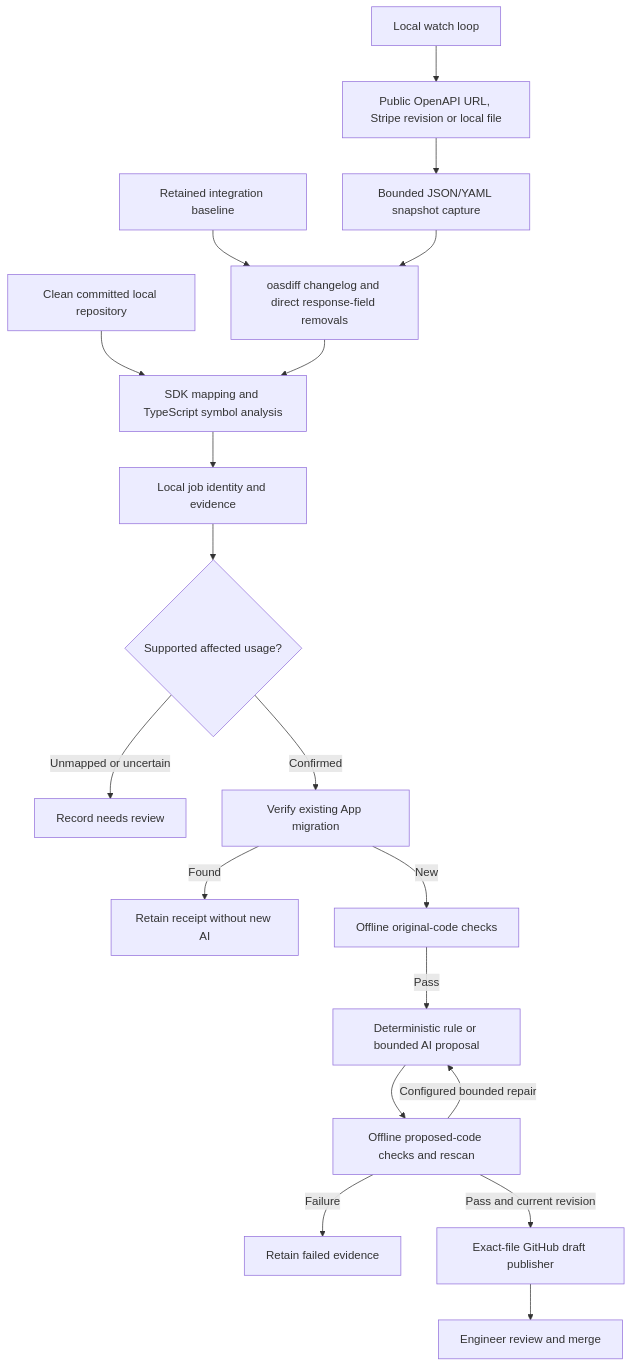
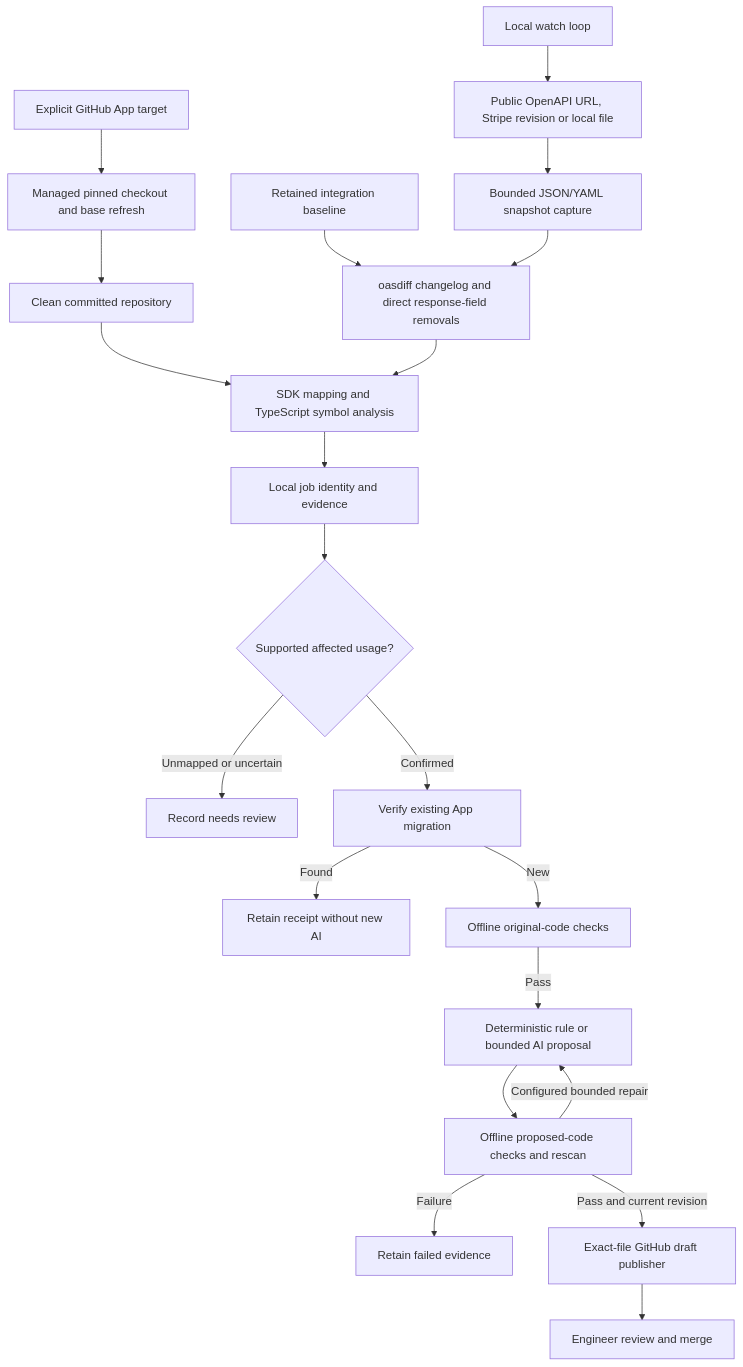
One commit to pierceluu10/Refit changed the first of 2 diagrams in docs/ARCHITECTURE.md. Above: the diagram before and after it, drawn with Mermaid. The commit also changed other lines of this file and 5 other files, not shown here.

Commit message:
docs: document App-managed repository workflows

````diff
--- a/docs/ARCHITECTURE.md
+++ b/docs/ARCHITECTURE.md
@@ -7,21 +7,23 @@
 ```mermaid
 flowchart TD
   SOURCE[Public OpenAPI URL, Stripe revision or local file] --> SNAP[Bounded JSON/YAML snapshot capture]
   BASE[Retained integration baseline] --> DIFF[oasdiff changelog and direct response-field removals]
   SNAP --> DIFF
-  REPO[Clean committed local repository] --> SCAN[SDK mapping and TypeScript symbol analysis]
+  APP[Explicit GitHub App target] --> CLONE[Managed pinned checkout and base refresh]
+  CLONE --> REPO[Clean committed repository]
+  REPO --> SCAN[SDK mapping and TypeScript symbol analysis]
   DIFF --> SCAN
   SCAN --> STATE[Local job identity and evidence]
   STATE --> GATE{Supported affected usage?}
   GATE -->|Unmapped or uncertain| REVIEW[Record needs review]
   GATE -->|Confirmed| EXISTING[Verify existing App migration]
   EXISTING -->|Found| REUSE[Retain receipt without new AI]
   EXISTING -->|New| BASECHECK[Offline original-code checks]
   BASECHECK -->|Pass| PATCH[Deterministic rule or bounded AI proposal]
   PATCH --> CHECK[Offline proposed-code checks and rescan]
   CHECK -->|Configured bounded repair| PATCH
   CHECK -->|Failure| FAILED[Retain failed evidence]
   CHECK -->|Pass and current revision| PR[Exact-file GitHub draft publisher]
   PR --> HUMAN[Engineer review and merge]
   POLL[Local watch loop] --> SOURCE
 ```
````
